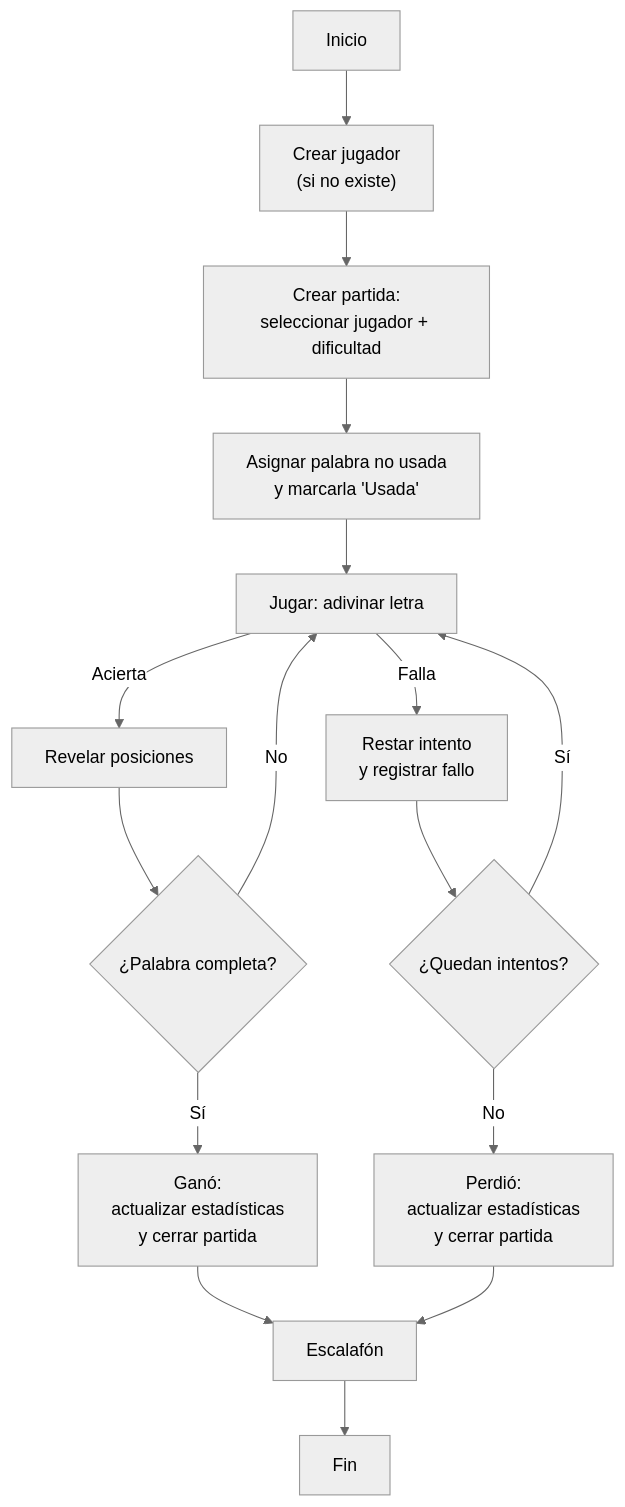
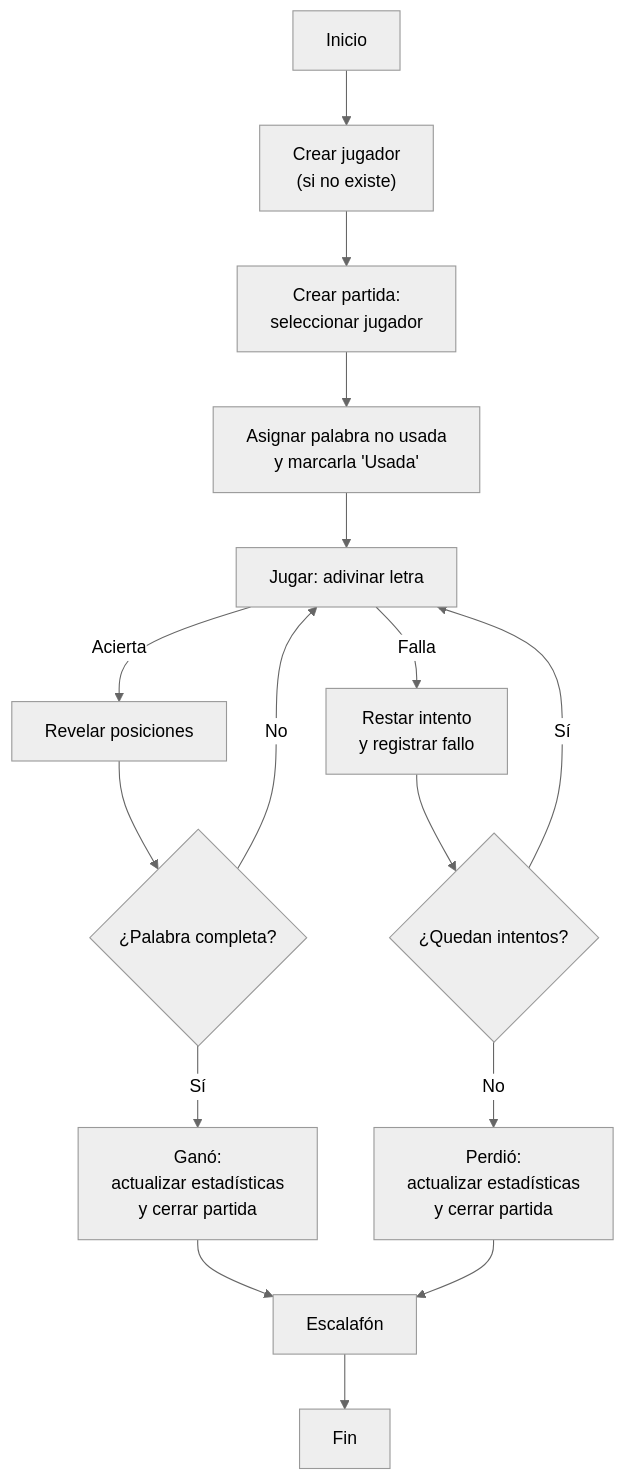
One commit to theleonkim/Ahorcado_KimberlyLeon changed the second of 2 diagrams in Ahorcado_KimberlyLeon/README.md. Above: the diagram before and after it, drawn with Mermaid (neutral theme).

````diff
--- a/Ahorcado_KimberlyLeon/README.md
+++ b/Ahorcado_KimberlyLeon/README.md
@@ -80,31 +80,31 @@
 ```mermaid
 flowchart TD
     A["Inicio"]
     B["Crear jugador<br/>(si no existe)"]
-    C["Crear partida:<br/>seleccionar jugador + dificultad"]
+    C["Crear partida:<br/>seleccionar jugador<br/ + dificultad"]
     D["Asignar palabra no usada<br/>y marcarla 'Usada'"]
     E["Jugar: adivinar letra"]
     F["Revelar posiciones"]
     G["Restar intento<br/>y registrar fallo"]
     H{"¿Palabra completa?"}
     I{"¿Quedan intentos?"}
     J["Ganó:<br/>actualizar estadísticas<br/>y cerrar partida"]
     K["Perdió:<br/>actualizar estadísticas<br/>y cerrar partida"]
     L["Escalafón"]
     M["Fin"]
 
     A --> B --> C --> D --> E
     E -- Acierta --> F
     E -- Falla --> G
     F --> H
     G --> I
     H -- Sí --> J
     H -- No --> E
     I -- Sí --> E
     I -- No --> K
     J --> L
     K --> L
     L --> M
 
    
 ```
````
